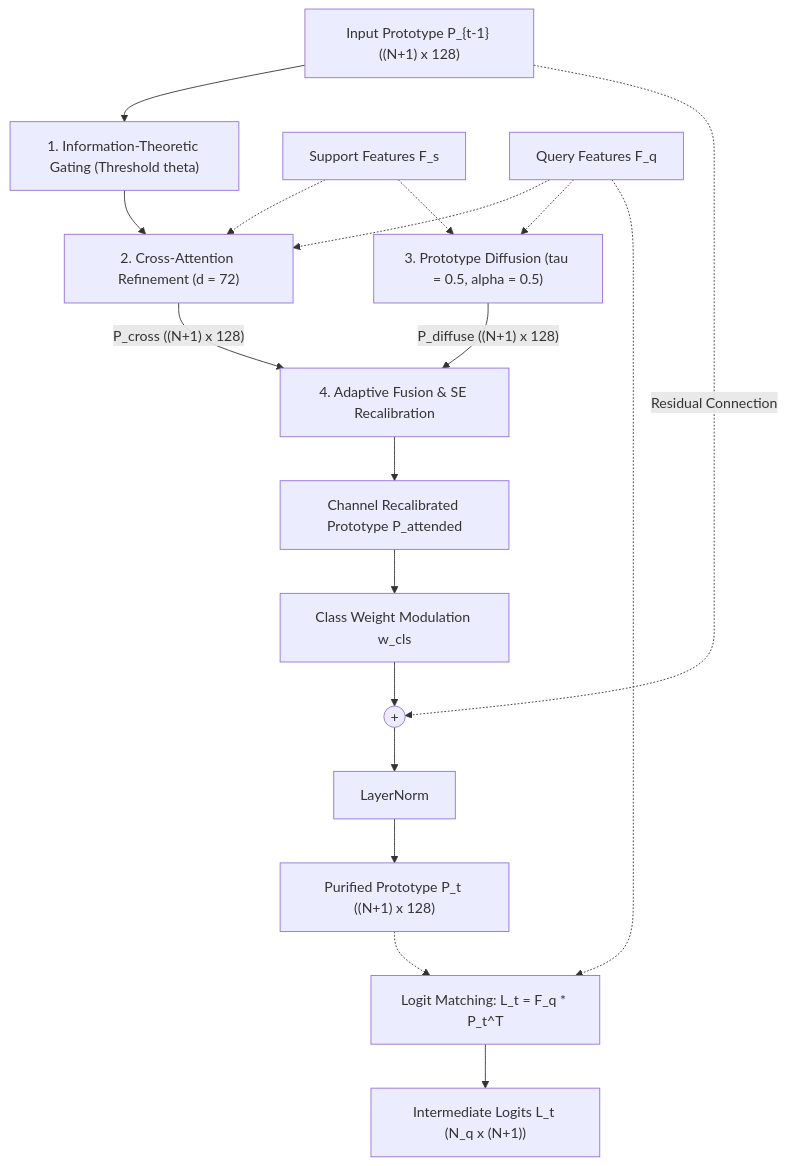
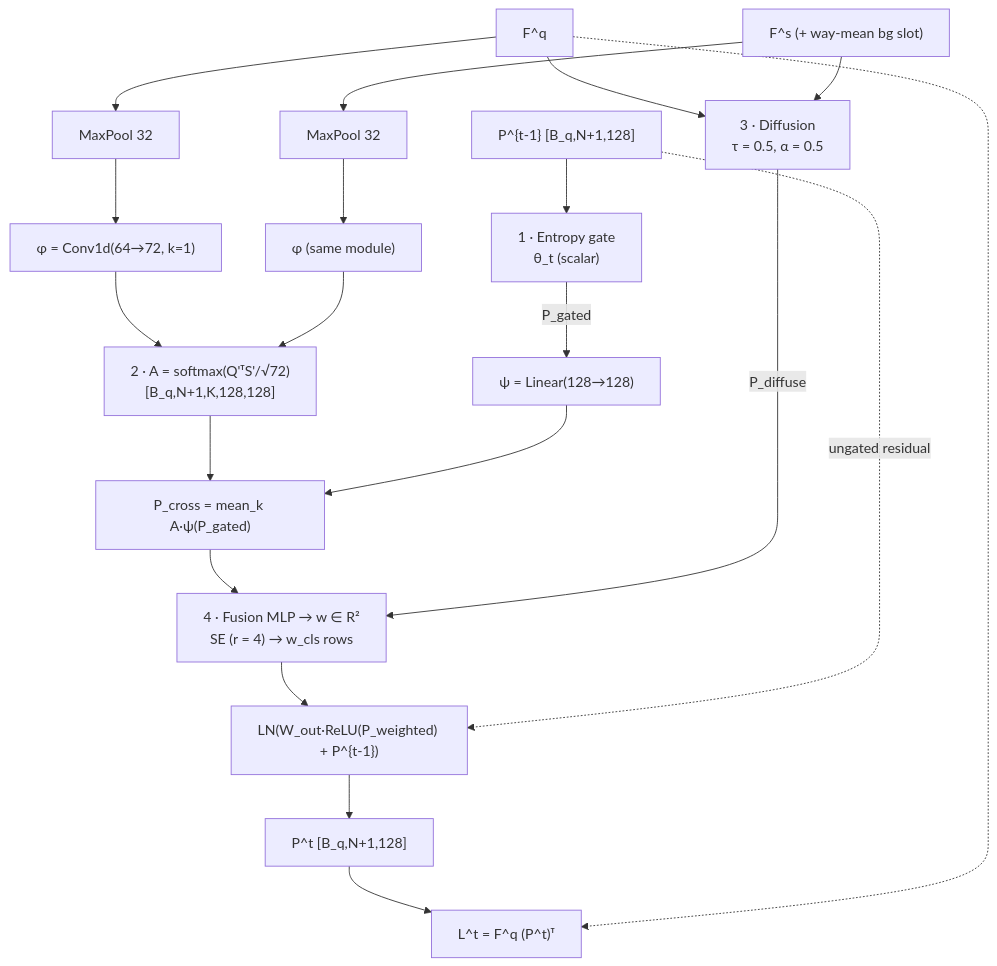
Before and after one commit to vminh16/CascadeProto: the second of 2 diagrams in docs/spec/01_ARCHITECTURE_SPEC.md, drawn with Mermaid. The commit also changed other lines of this file and 8 other files, not shown here.

````diff
--- a/docs/spec/01_ARCHITECTURE_SPEC.md
+++ b/docs/spec/01_ARCHITECTURE_SPEC.md
@@ -93,26 +93,20 @@
 ```mermaid
 flowchart TD
-    Pin["Input Prototype P_{t-1} ((N+1) x 128)"] --> Sub1["1. Information-Theoretic Gating (Threshold theta)"]
-    
-    Sub1 --> Sub2["2. Cross-Attention Refinement (d = 72)"]
-    
-    Fs["Support Features F_s"] -.-> Sub2
-    Fq["Query Features F_q"] -.-> Sub2
-
-    Fs -.-> Sub3["3. Prototype Diffusion (tau = 0.5, alpha = 0.5)"]
-    Fq -.-> Sub3
-
-    Sub2 -->|"P_cross ((N+1) x 128)"| Sub4["4. Adaptive Fusion & SE Recalibration"]
-    Sub3 -->|"P_diffuse ((N+1) x 128)"| Sub4
-
-    Sub4 --> Attn["Channel Recalibrated Prototype P_attended"]
-    Attn --> Wcls["Class Weight Modulation w_cls"]
-    Wcls --> ResSum(("+"))
-    Pin -.->|"Residual Connection"| ResSum
-    ResSum --> LN["LayerNorm"]
-    LN --> Pout["Purified Prototype P_t ((N+1) x 128)"]
-    
-    Fq -.-> StageLogits["Logit Matching: L_t = F_q * P_t^T"]
-    Pout -.-> StageLogits
-    StageLogits --> OutLogits["Intermediate Logits L_t (N_q x (N+1))"]
+    Pin["P^{t-1} [B_q,N+1,128]"] --> Gate["1 · Entropy gate<br/>θ_t (scalar)"]
+    Gate -->|P_gated| Psi["ψ = Linear(128→128)"]
+    Fq["F^q"] --> PoolQ["MaxPool 32"] --> PhiQ["φ = Conv1d(64→72, k=1)"]
+    Fs["F^s (+ way-mean bg slot)"] --> PoolS["MaxPool 32"] --> PhiS["φ (same module)"]
+    PhiQ --> Corr["2 · A = softmax(Q'ᵀS'/√72)<br/>[B_q,N+1,K,128,128]"]
+    PhiS --> Corr
+    Corr --> Cross["P_cross = mean_k A·ψ(P_gated)"]
+    Psi --> Cross
+    Fq --> Diff["3 · Diffusion<br/>τ = 0.5, α = 0.5"]
+    Fs --> Diff
+    Cross --> Fuse["4 · Fusion MLP → w ∈ R²<br/>SE (r = 4) → w_cls rows"]
+    Diff -->|P_diffuse| Fuse
+    Fuse --> Out["LN(W_out·ReLU(P_weighted) + P^{t-1})"]
+    Pin -.->|ungated residual| Out
+    Out --> Pt["P^t [B_q,N+1,128]"]
+    Pt --> Logit["L^t = F^q (P^t)ᵀ"]
+    Fq -.-> Logit
 ```
````
